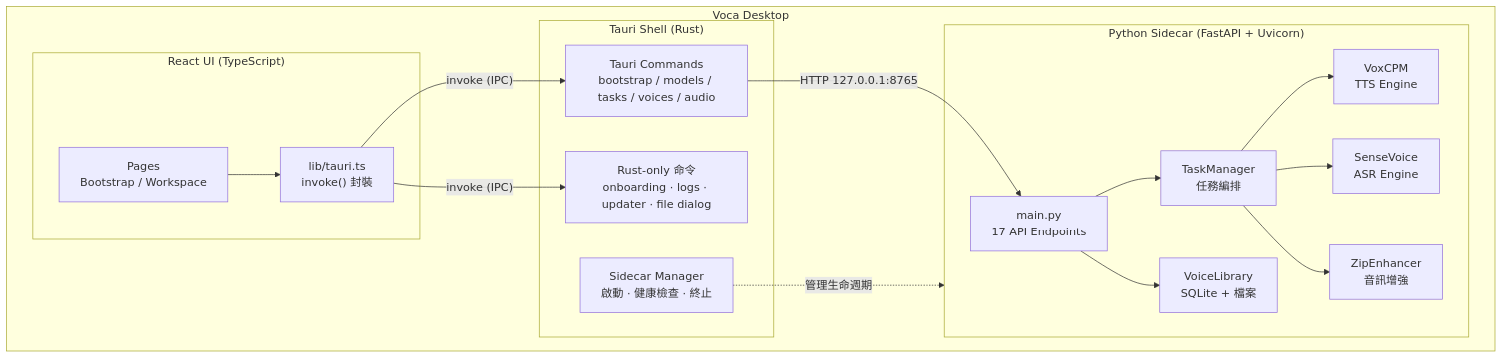
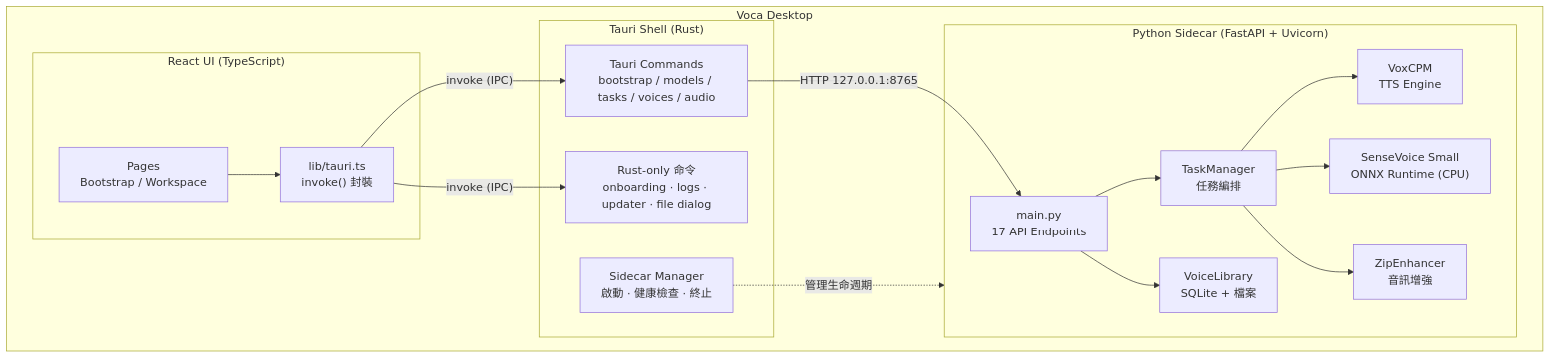
Before and after one commit to ZMXJJ/Voca: the first of 7 diagrams in docs/zh-TW/architecture.md, drawn with Mermaid. The commit also changed other lines of this file and 21 other files, not shown here.

First line of the commit message:
chore(release): bump to 0.4.0 and align ASR ONNX docs

````diff
--- a/docs/zh-TW/architecture.md
+++ b/docs/zh-TW/architecture.md
@@ -7,35 +7,35 @@
 ```mermaid
 graph TB
     subgraph Desktop["Voca Desktop"]
         subgraph Frontend["React UI (TypeScript)"]
             Pages["Pages<br/>Bootstrap / Workspace"]
             TauriTS["lib/tauri.ts<br/>invoke() 封裝"]
         end
 
         subgraph Rust["Tauri Shell (Rust)"]
             Commands["Tauri Commands<br/>bootstrap / models / tasks / voices / audio"]
             Sidecar["Sidecar Manager<br/>啟動 · 健康檢查 · 終止"]
             RustOnly["Rust-only 命令<br/>onboarding · logs · updater · file dialog"]
         end
 
         subgraph Python["Python Sidecar (FastAPI + Uvicorn)"]
             Routes["main.py<br/>17 API Endpoints"]
             TaskMgr["TaskManager<br/>任務編排"]
             VoxCPM["VoxCPM<br/>TTS Engine"]
-            ASR["SenseVoice<br/>ASR Engine"]
+            ASR["SenseVoice Small<br/>ONNX Runtime (CPU)"]
             Enhancer["ZipEnhancer<br/>音訊增強"]
             VoiceLib["VoiceLibrary<br/>SQLite + 檔案"]
         end
     end
 
     Pages --> TauriTS
     TauriTS -- "invoke (IPC)" --> Commands
     TauriTS -- "invoke (IPC)" --> RustOnly
     Commands -- "HTTP 127.0.0.1:8765" --> Routes
     Sidecar -. "管理生命週期" .-> Python
     Routes --> TaskMgr
     Routes --> VoiceLib
     TaskMgr --> VoxCPM
     TaskMgr --> ASR
     TaskMgr --> Enhancer
 ```
````
